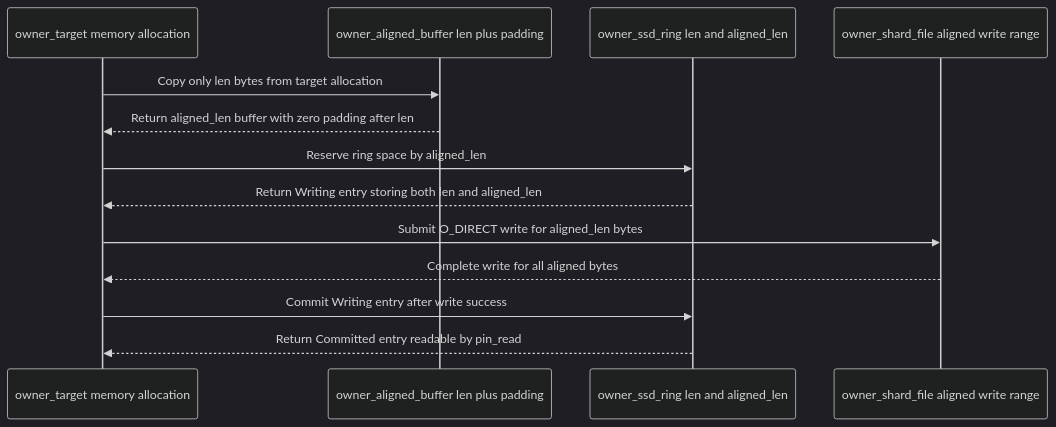
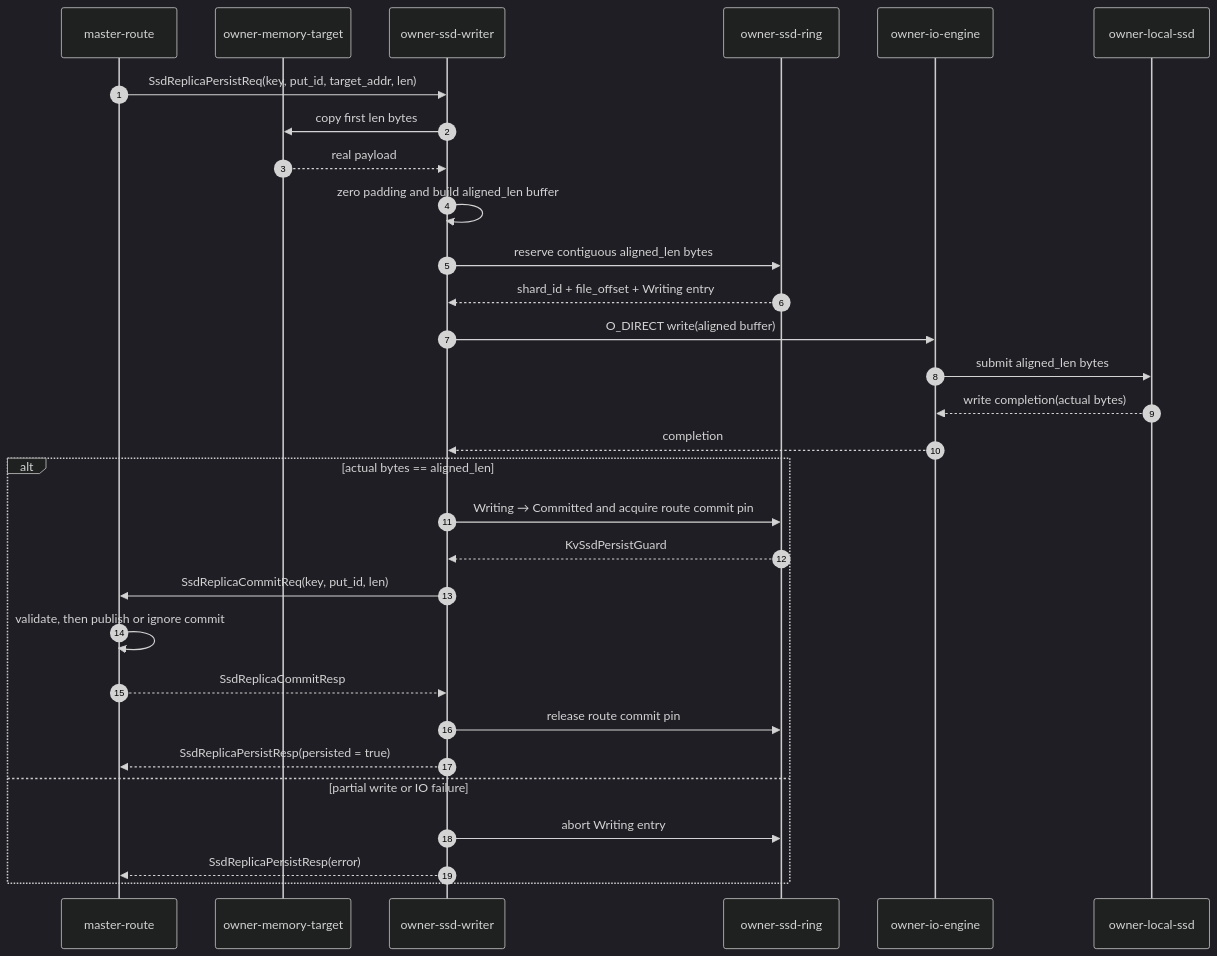
The fourth of 8 diagrams in fluxon_doc_cn/design/kv_5_SSD存储设计.md (Tele-AI/Fluxon), drawn with Mermaid (dark theme) before and after one commit. The commit also changed other lines of this file and 8 other files, not shown here.

````diff
--- a/fluxon_doc_cn/design/kv_5_SSD存储设计.md
+++ b/fluxon_doc_cn/design/kv_5_SSD存储设计.md
@@ -489,15 +714,34 @@
 ```mermaid
 sequenceDiagram
-    participant owner_target as owner_target memory allocation
-    participant owner_aligned_buffer as owner_aligned_buffer len plus padding
-    participant owner_ssd_ring as owner_ssd_ring len and aligned_len
-    participant owner_shard_file as owner_shard_file aligned write range
-    owner_target->>owner_aligned_buffer: Copy only len bytes from target allocation
-    owner_aligned_buffer-->>owner_target: Return aligned_len buffer with zero padding after len
-    owner_target->>owner_ssd_ring: Reserve ring space by aligned_len
-    owner_ssd_ring-->>owner_target: Return Writing entry storing both len and aligned_len
-    owner_target->>owner_shard_file: Submit O_DIRECT write for aligned_len bytes
-    owner_shard_file-->>owner_target: Complete write for all aligned bytes
-    owner_target->>owner_ssd_ring: Commit Writing entry after write success
-    owner_ssd_ring-->>owner_target: Return Committed entry readable by pin_read
+    autonumber
+    participant master_route as master-route
+    participant owner_target as owner-memory-target
+    participant owner_writer as owner-ssd-writer
+    participant owner_ring as owner-ssd-ring
+    participant owner_engine as owner-io-engine
+    participant owner_media as owner-local-ssd
+
+    master_route->>owner_writer: SsdReplicaPersistReq(key, put_id, target_addr, len)
+    owner_writer->>owner_target: copy first len bytes
+    owner_target-->>owner_writer: real payload
+    owner_writer->>owner_writer: zero padding and build aligned_len buffer
+    owner_writer->>owner_ring: reserve contiguous aligned_len bytes
+    owner_ring-->>owner_writer: shard_id + file_offset + Writing entry
+    owner_writer->>owner_engine: O_DIRECT write(aligned buffer)
+    owner_engine->>owner_media: submit aligned_len bytes
+    owner_media-->>owner_engine: write completion(actual bytes)
+    owner_engine-->>owner_writer: completion
+
+    alt actual bytes == aligned_len
+        owner_writer->>owner_ring: Writing → Committed and acquire route commit pin
+        owner_ring-->>owner_writer: KvSsdPersistGuard
+        owner_writer->>master_route: SsdReplicaCommitReq(key, put_id, len)
+        master_route->>master_route: validate, then publish or ignore commit
+        master_route-->>owner_writer: SsdReplicaCommitResp
+        owner_writer->>owner_ring: release route commit pin
+        owner_writer-->>master_route: SsdReplicaPersistResp(persisted = true)
+    else partial write or IO failure
+        owner_writer->>owner_ring: abort Writing entry
+        owner_writer-->>master_route: SsdReplicaPersistResp(error)
+    end
 ```
````
